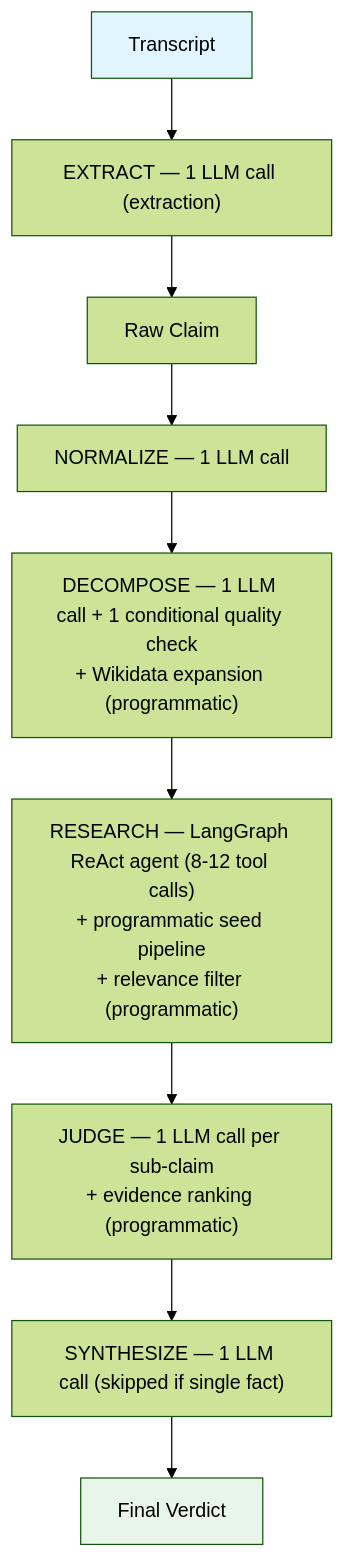
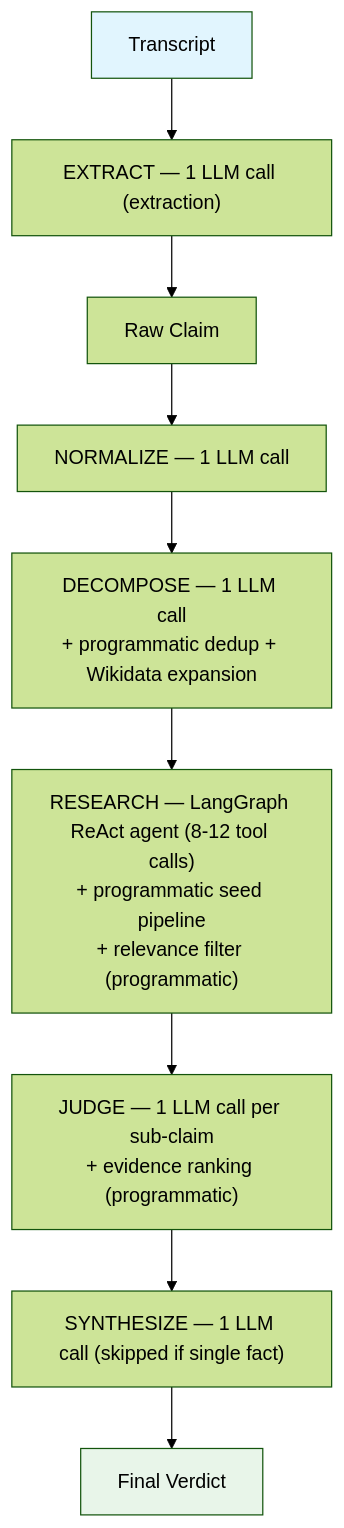
The first of 2 diagrams in docs/llm-calls.md (vedantadhobley/spin-cycle), drawn with Mermaid (forest theme) before and after one commit. The commit also changed other lines of this file and 4 other files, not shown here.

````diff
--- a/docs/llm-calls.md
+++ b/docs/llm-calls.md
@@ -11,14 +11,14 @@
 ```mermaid
 flowchart TD
     T[Transcript] --> EXT["EXTRACT — 1 LLM call (extraction)"]
     EXT --> RAW[Raw Claim]
     RAW --> NORM["NORMALIZE — 1 LLM call"]
-    NORM --> DEC["DECOMPOSE — 1 LLM call + 1 conditional quality check\n+ Wikidata expansion (programmatic)"]
+    NORM --> DEC["DECOMPOSE — 1 LLM call\n+ programmatic dedup + Wikidata expansion"]
     DEC --> RES["RESEARCH — LangGraph ReAct agent (8-12 tool calls)\n+ programmatic seed pipeline\n+ relevance filter (programmatic)"]
     RES --> JDG["JUDGE — 1 LLM call per sub-claim\n+ evidence ranking (programmatic)"]
     JDG --> SYN["SYNTHESIZE — 1 LLM call (skipped if single fact)"]
     SYN --> V[Final Verdict]
 
     style T fill:#e1f5fe
     style V fill:#e8f5e9
 ```
````
